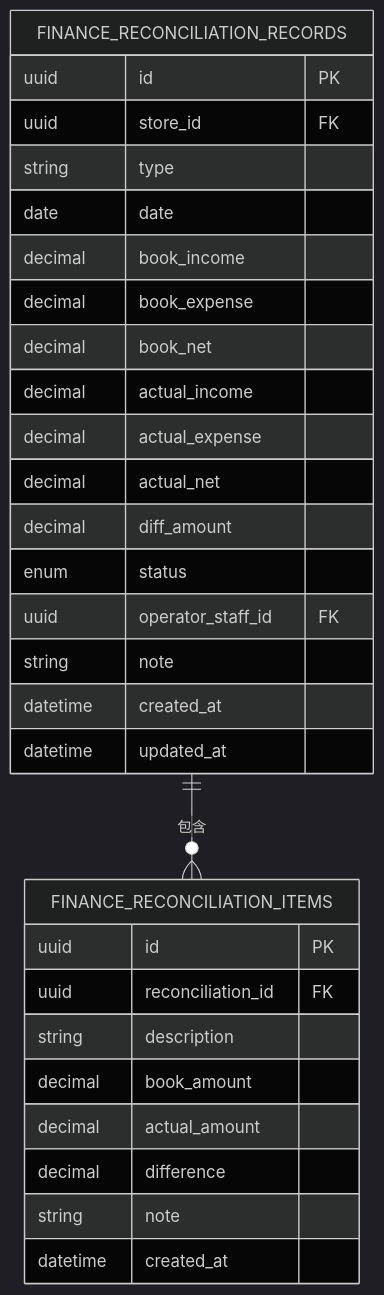
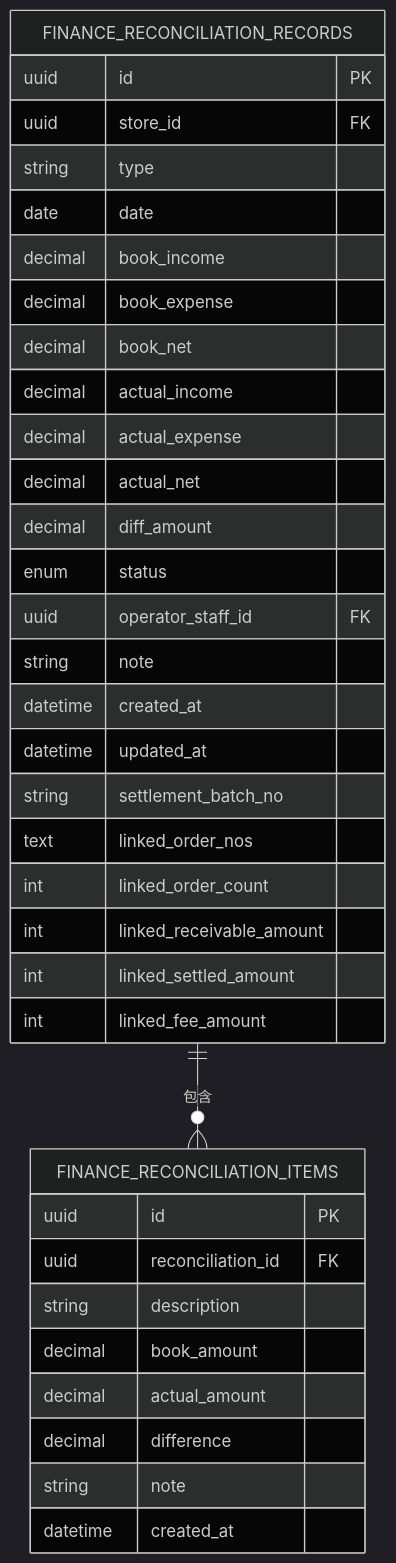
One commit to rc558620/purelyprofit-server changed the third of 7 diagrams in .qoder/repowiki/zh/content/业务模块/财务管理模块/财务对账.md. Above: the diagram before and after it, drawn with Mermaid (dark theme). The commit also changed other lines of this file and 8 other files, not shown here.

````diff
--- a/.qoder/repowiki/zh/content/业务模块/财务管理模块/财务对账.md
+++ b/.qoder/repowiki/zh/content/业务模块/财务管理模块/财务对账.md
@@ -166,32 +186,38 @@
 ```mermaid
 erDiagram
 FINANCE_RECONCILIATION_RECORDS {
 uuid id PK
 uuid store_id FK
 string type
 date date
 decimal book_income
 decimal book_expense
 decimal book_net
 decimal actual_income
 decimal actual_expense
 decimal actual_net
 decimal diff_amount
 enum status
 uuid operator_staff_id FK
 string note
 datetime created_at
 datetime updated_at
+string settlement_batch_no
+text linked_order_nos
+int linked_order_count
+int linked_receivable_amount
+int linked_settled_amount
+int linked_fee_amount
 }
 FINANCE_RECONCILIATION_ITEMS {
 uuid id PK
 uuid reconciliation_id FK
 string description
 decimal book_amount
 decimal actual_amount
 decimal difference
 string note
 datetime created_at
 }
 FINANCE_RECONCILIATION_RECORDS ||--o{ FINANCE_RECONCILIATION_ITEMS : "包含"
 ```
````
